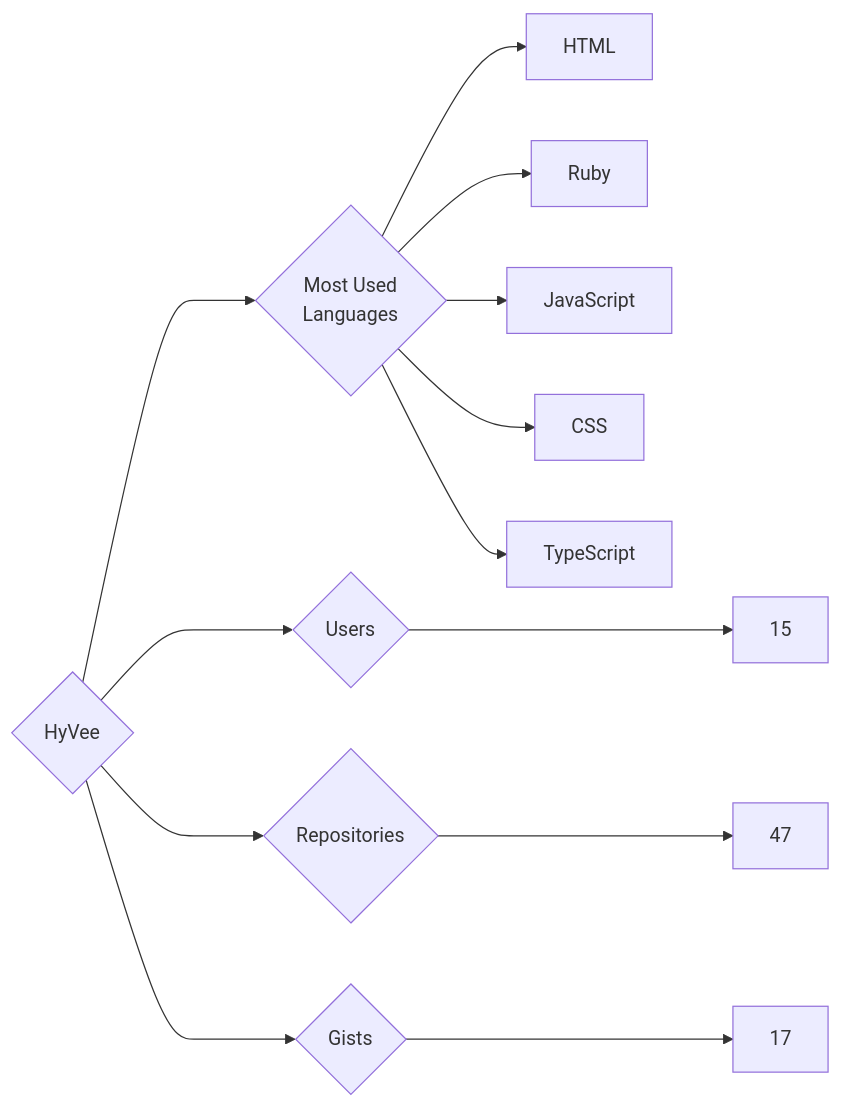
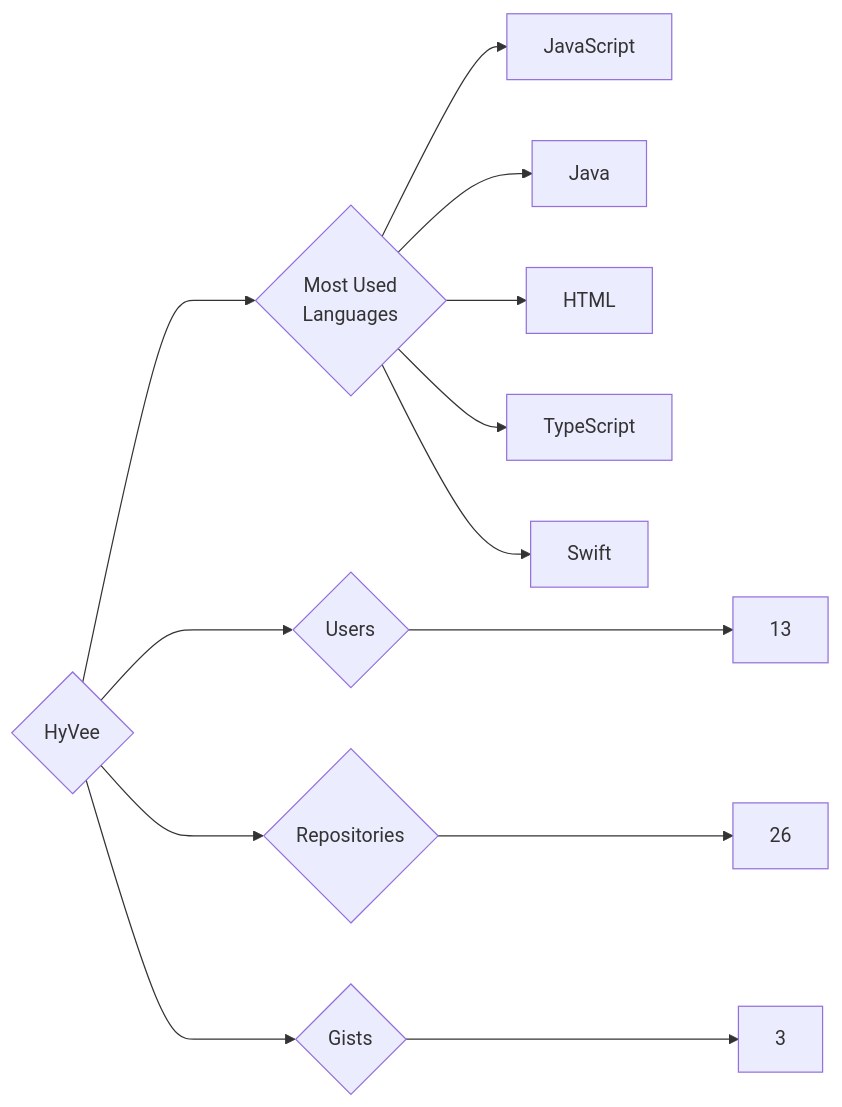
Before and after one commit to trickest/insiders: the diagram in targets/HyVee/README.md, drawn with Mermaid. The commit also changed 925 other files, not shown here.

````diff
--- a/targets/HyVee/README.md
+++ b/targets/HyVee/README.md
@@ -3,13 +3,13 @@
 ```mermaid
 graph LR
 COMPANY_NAME{HyVee}
-COMPANY_NAME ---> U{Users} ---> UN[15]
-COMPANY_NAME ---> R{Repositories} ---> RN[47]
-COMPANY_NAME ---> G{Gists} ---> GN[17]
+COMPANY_NAME ---> U{Users} ---> UN[13]
+COMPANY_NAME ---> R{Repositories} ---> RN[26]
+COMPANY_NAME ---> G{Gists} ---> GN[3]
 COMPANY_NAME ---> ML{Most Used<br>Languages}
+ML --> JavaScript[JavaScript]
+ML --> Java[Java]
 ML --> HTML[HTML]
-ML --> Ruby[Ruby]
-ML --> JavaScript[JavaScript]
-ML --> CSS[CSS]
 ML --> TypeScript[TypeScript]
+ML --> Swift[Swift]
 ```
````
